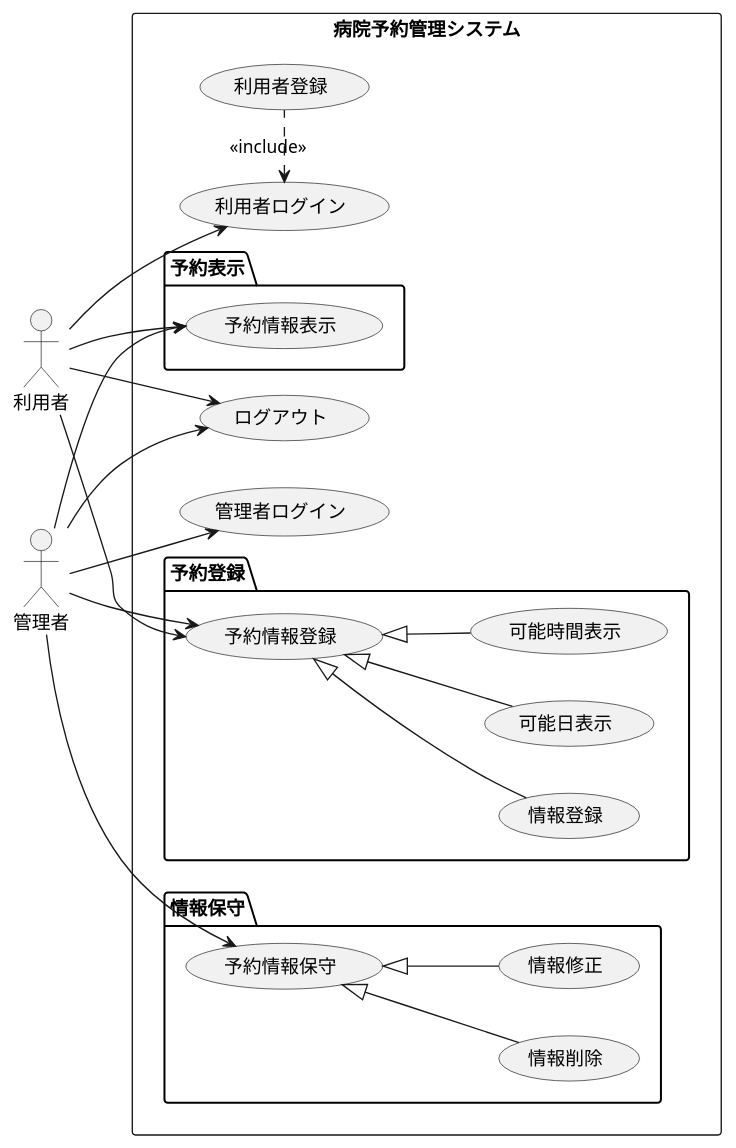
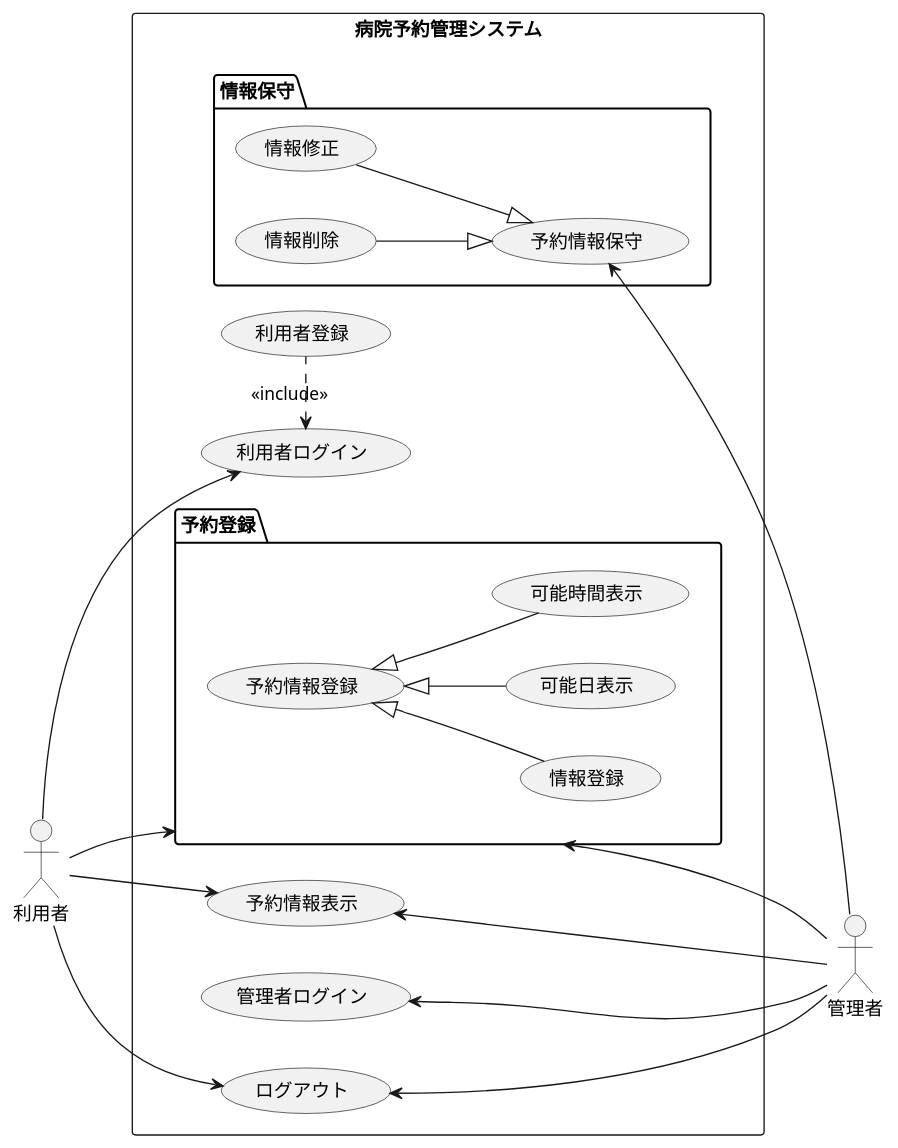
Before and after one commit to hitokin/uml_introduction: the diagram in group.pu, drawn with PlantUML.

```diff
--- a/group.pu
+++ b/group.pu
@@ -1,42 +1,41 @@
 @startuml ユースケース図
 left to right direction
 actor 利用者
 actor 管理者
 rectangle 病院予約管理システム {
     usecase 利用者登録
     usecase 利用者ログイン
     usecase 管理者ログイン
+    usecase 予約情報表示 
     usecase ログアウト
     利用者ログイン <. 利用者登録 : <<include>>
-    利用者 --> 利用者ログイン
-    管理者 --> 管理者ログイン
         package 予約登録 {
             usecase 予約情報登録
             usecase 情報登録
             usecase 可能日表示
             usecase 可能時間表示
             予約情報登録 <|-- 情報登録
             予約情報登録 <|-- 可能日表示
             予約情報登録 <|-- 可能時間表示
-            利用者 --> 予約情報登録
-            管理者 --> 予約情報登録
         }
         package 情報保守 {
             usecase 予約情報保守
             usecase 情報修正
             usecase 情報削除
-            予約情報保守 <|-- 情報修正
-            予約情報保守 <|-- 情報削除
-            管理者 --> 予約情報保守 
+          情報修正 --|> 予約情報保守 
+           情報削除--|> 予約情報保守 
         }
     
-        package 予約表示 {
-            usecase 予約情報表示 
-            利用者 -> 予約情報表示
-            管理者 --> 予約情報表示
-        }
+        
+    利用者 --> 利用者ログイン
     利用者 --> ログアウト
-    管理者 --> ログアウト
+    利用者 -> 予約情報表示
+    利用者 --> 予約登録
+    管理者ログイン <-- 管理者
+    予約情報表示 <-- 管理者
+    予約情報保守 <-- 管理者 
+    ログアウト <-- 管理者
+    予約登録 <-- 管理者
 }
 
 @endumll
```
